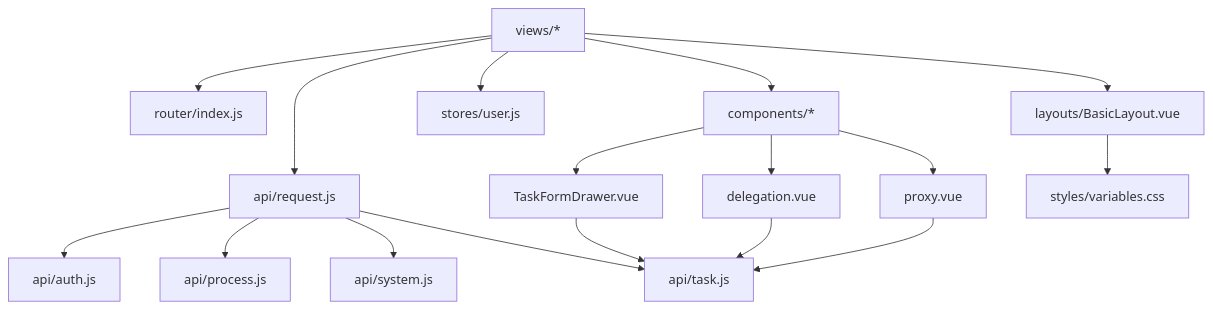
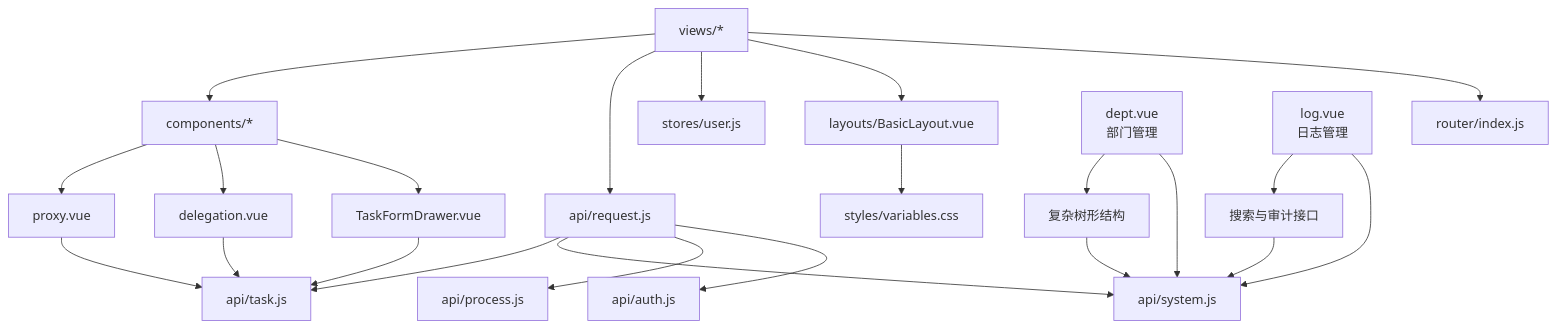
One commit to liming-lihaini/workflow changed diagram 15 of 15 in .qoder/repowiki/zh/content/用户界面设计/用户界面设计.md. Above: the diagram before and after it, drawn with Mermaid. The commit also changed other lines of this file and 31 other files, not shown here.

````diff
--- a/.qoder/repowiki/zh/content/用户界面设计/用户界面设计.md
+++ b/.qoder/repowiki/zh/content/用户界面设计/用户界面设计.md
@@ -712,19 +878,25 @@
 ```mermaid
 graph TB
 VIEWS["views/*"] --> ROUTER["router/index.js"]
 VIEWS --> LAYOUT["layouts/BasicLayout.vue"]
 VIEWS --> STORES["stores/user.js"]
 VIEWS --> API_REQ["api/request.js"]
 VIEWS --> COMPONENTS["components/*"]
 COMPONENTS --> TASK_DRAWER["TaskFormDrawer.vue"]
 COMPONENTS --> DELEGATION["delegation.vue"]
 COMPONENTS --> PROXY["proxy.vue"]
 API_REQ --> API_AUTH["api/auth.js"]
 API_REQ --> API_PROC["api/process.js"]
 API_REQ --> API_SYS["api/system.js"]
 API_REQ --> API_TASK["api/task.js"]
 LAYOUT --> THEME["styles/variables.css"]
 TASK_DRAWER --> API_TASK
 DELEGATION --> API_TASK
 PROXY --> API_TASK
+DEPT_VUE["dept.vue<br/>部门管理"] --> API_SYS
+LOG_VUE["log.vue<br/>日志管理"] --> API_SYS
+DEPT_VUE --> COMPLEX_TREE["复杂树形结构"]
+LOG_VUE --> SEARCH_API["搜索与审计接口"]
+COMPLEX_TREE --> API_SYS
+SEARCH_API --> API_SYS
 ```
````
